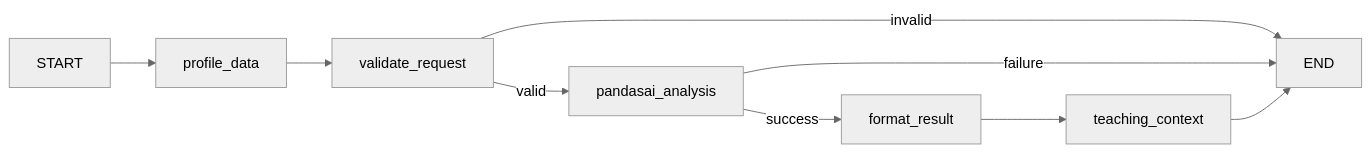
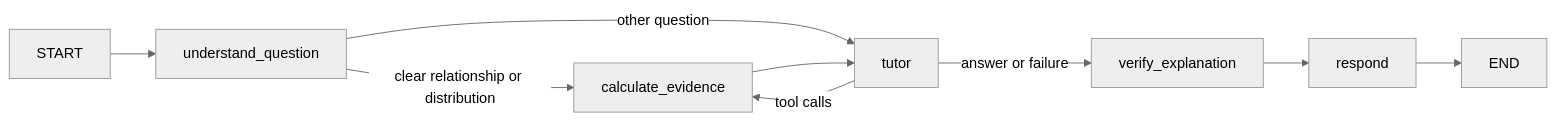
Before and after one commit to abdullahaarifshaikh/Health_Data_Visualizer: the diagram in README.md, drawn with Mermaid (neutral theme). The commit also changed other lines of this file and 32 other files, not shown here.

Commit message:
Teach from computed evidence with interactive charts and Groq

````diff
--- a/README.md
+++ b/README.md
@@ -29,9 +9,10 @@
 ```mermaid
 graph LR
-  START --> profile_data --> validate_request
-  validate_request -->|valid| pandasai_analysis
-  validate_request -->|invalid| END
-  pandasai_analysis -->|success| format_result
-  pandasai_analysis -->|failure| END
-  format_result --> teaching_context --> END
+  START --> understand_question
+  understand_question -->|clear relationship or distribution| calculate_evidence
+  understand_question -->|other question| tutor
+  tutor -->|tool calls| calculate_evidence
+  calculate_evidence --> tutor
+  tutor -->|answer or failure| verify_explanation
+  verify_explanation --> respond --> END
 ```
````
